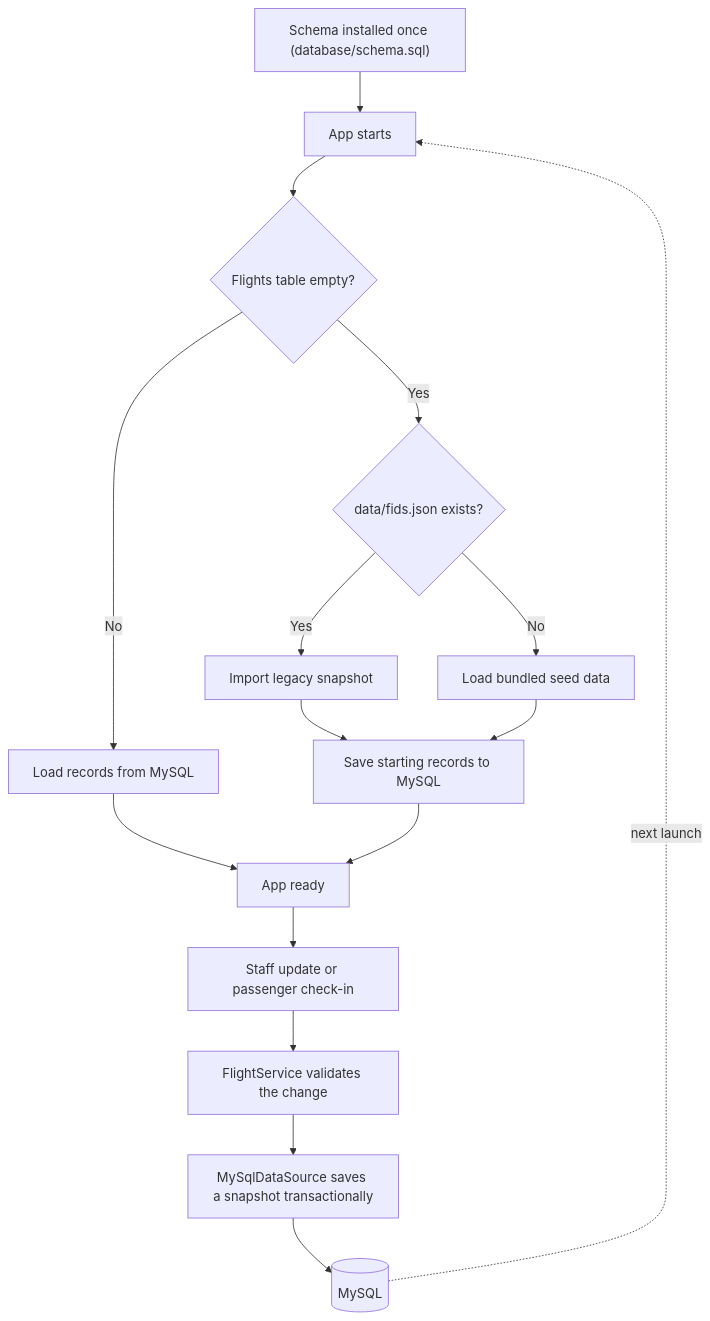
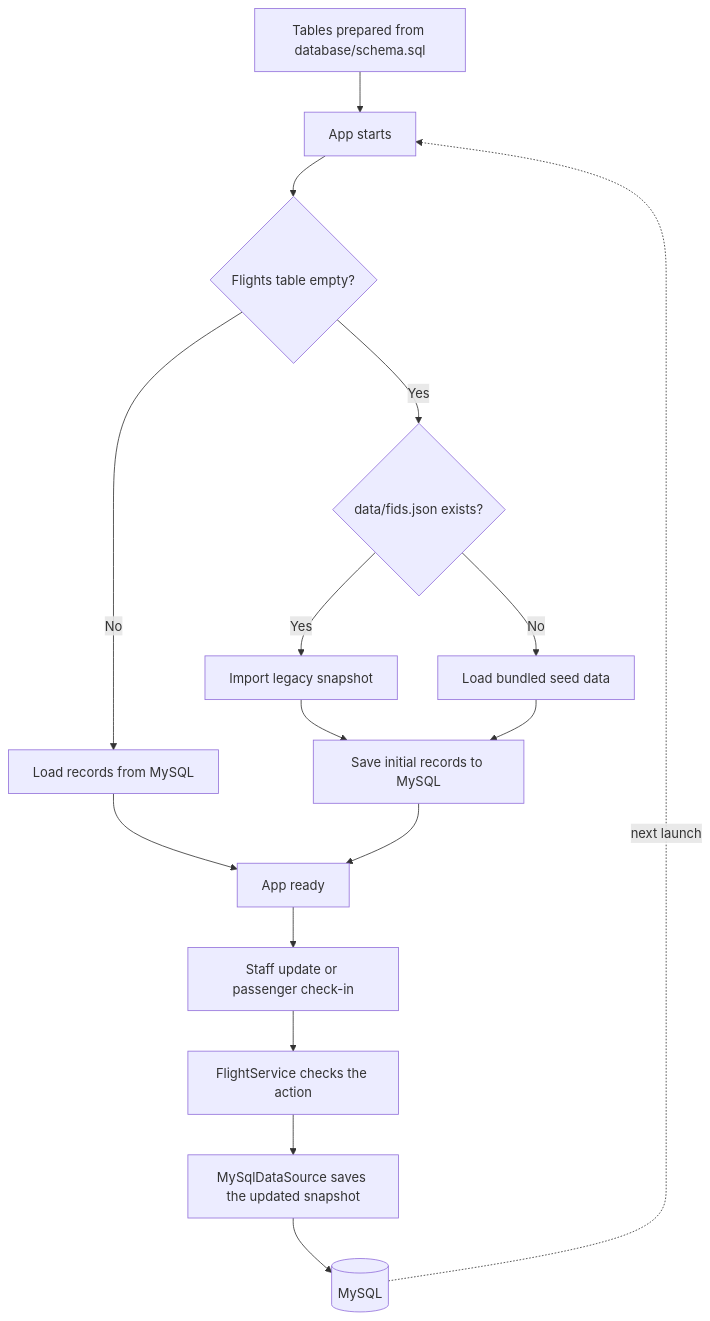
The diagram in docs/database.md (xtensionlabs/skyscope), drawn with Mermaid before and after one commit. The commit also changed other lines of this file and 1 other file, not shown here.

````diff
--- a/docs/database.md
+++ b/docs/database.md
@@ -7,18 +7,18 @@
 ```mermaid
 flowchart TD
-    Schema["Schema installed once (database/schema.sql)"] --> Start["App starts"]
+    Schema["Tables prepared from database/schema.sql"] --> Start["App starts"]
     Start --> Empty{"Flights table empty?"}
     Empty -->|No| Read["Load records from MySQL"]
     Empty -->|Yes| Legacy{"data/fids.json exists?"}
     Legacy -->|Yes| Import["Import legacy snapshot"]
     Legacy -->|No| Seed["Load bundled seed data"]
-    Import --> Save["Save starting records to MySQL"]
+    Import --> Save["Save initial records to MySQL"]
     Seed --> Save
     Read --> Ready["App ready"]
     Save --> Ready
     Ready --> Change["Staff update or passenger check-in"]
-    Change --> Validate["FlightService validates the change"]
-    Validate --> Persist["MySqlDataSource saves a snapshot transactionally"]
+    Change --> Validate["FlightService checks the action"]
+    Validate --> Persist["MySqlDataSource saves the updated snapshot"]
     Persist --> DB[("MySQL")]
     DB -. next launch .-> Start
 ```
````
